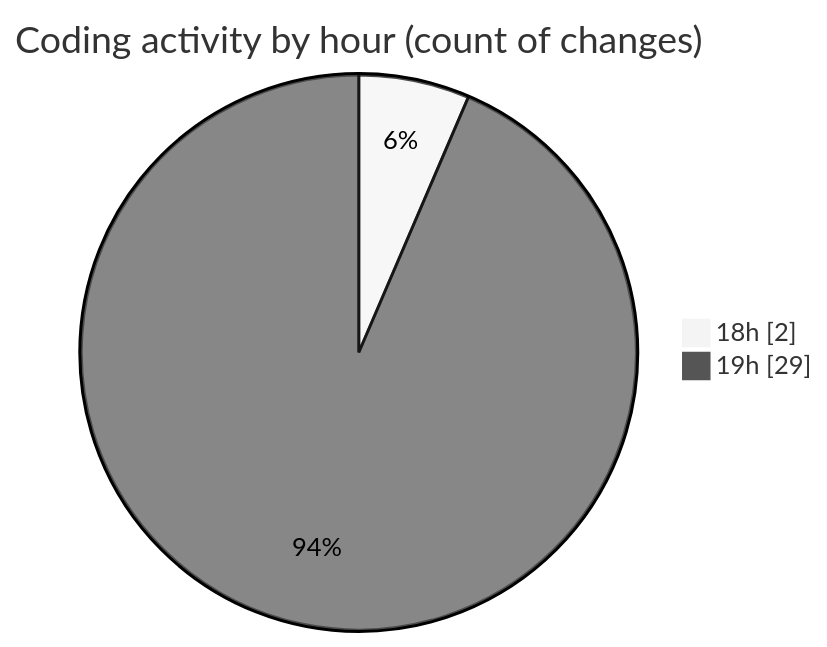
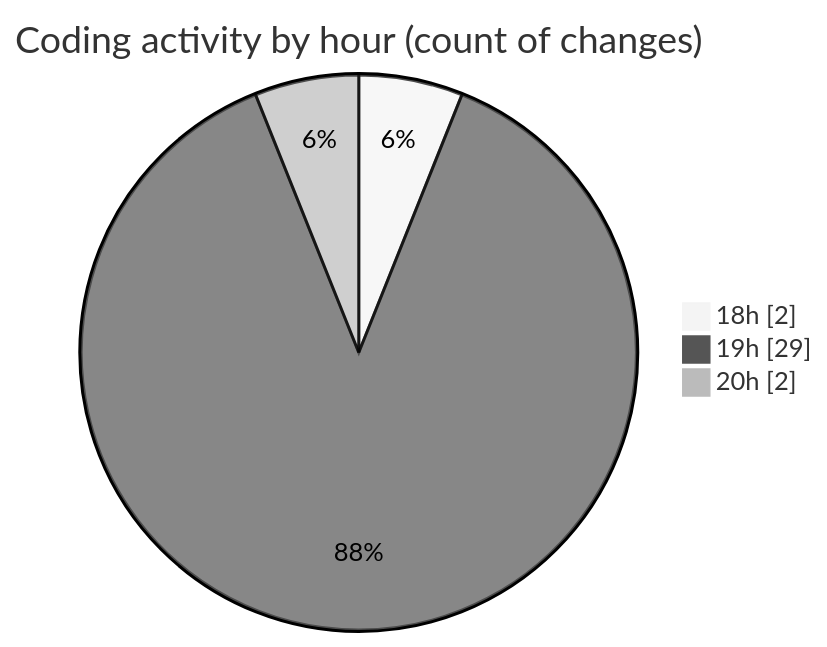
Before and after one commit to CELIANVF/code-tracking: the second of 2 diagrams in 2025-05-22/ecodeli-1/README.md, drawn with Mermaid (neutral theme). The commit also changed other lines of this file and 1 other file, not shown here.

````diff
--- a/2025-05-22/ecodeli-1/README.md
+++ b/2025-05-22/ecodeli-1/README.md
@@ -40,6 +40,7 @@
 ```mermaid
 pie showData
 title Coding activity by hour (count of changes)
 "18h" : 2
 "19h" : 29
+"20h" : 2
 ```
````
